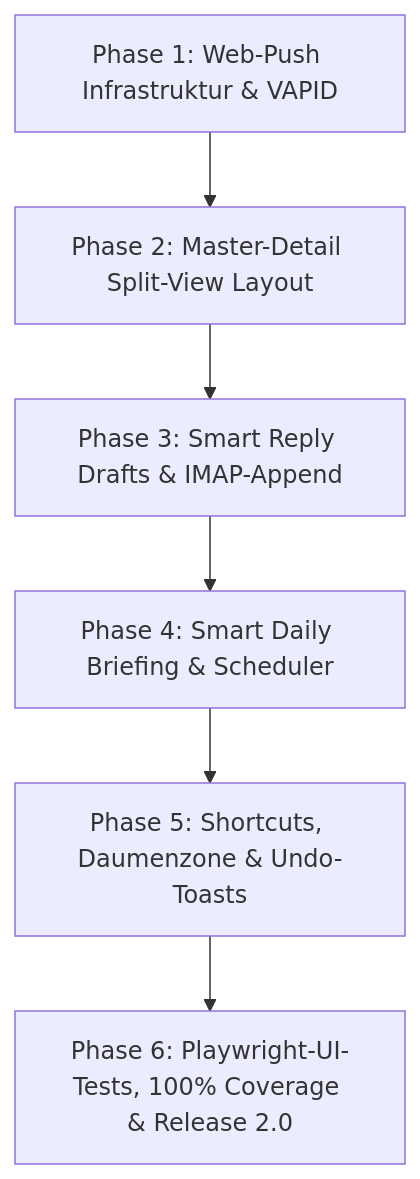
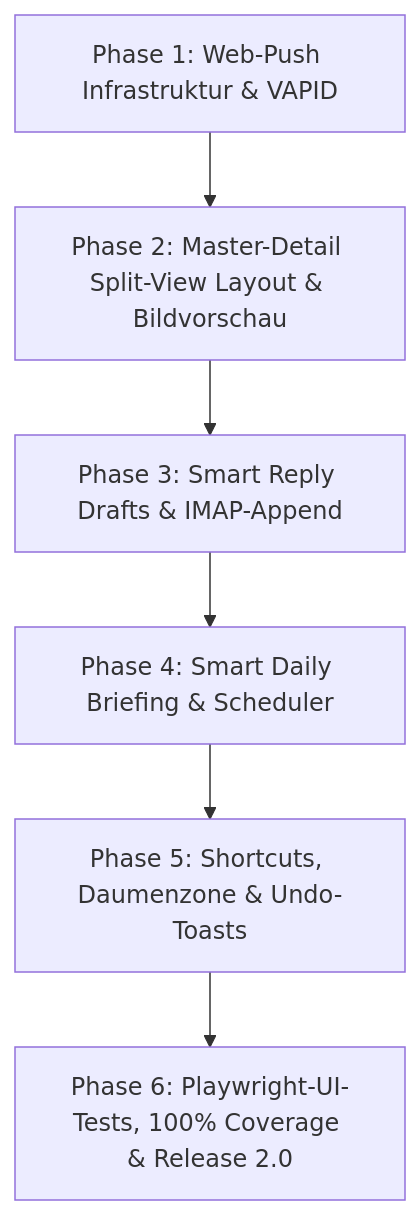
One commit to Teichhofer/Mailhelp changed the diagram in docs/Konzept-2.0-Redesign-und-Web-Push.md. Above: the diagram before and after it, drawn with Mermaid. The commit also changed other lines of this file and 40 other files, not shown here.

````diff
--- a/docs/Konzept-2.0-Redesign-und-Web-Push.md
+++ b/docs/Konzept-2.0-Redesign-und-Web-Push.md
@@ -178,8 +192,8 @@
 ```mermaid
 flowchart TD
-    P1[Phase 1: Web-Push Infrastruktur & VAPID] --> P2[Phase 2: Master-Detail Split-View Layout]
+    P1[Phase 1: Web-Push Infrastruktur & VAPID] --> P2[Phase 2: Master-Detail Split-View Layout & Bildvorschau]
     P2 --> P3[Phase 3: Smart Reply Drafts & IMAP-Append]
     P3 --> P4[Phase 4: Smart Daily Briefing & Scheduler]
     P4 --> P5[Phase 5: Shortcuts, Daumenzone & Undo-Toasts]
     P5 --> P6[Phase 6: Playwright-UI-Tests, 100% Coverage & Release 2.0]
 ```
````
